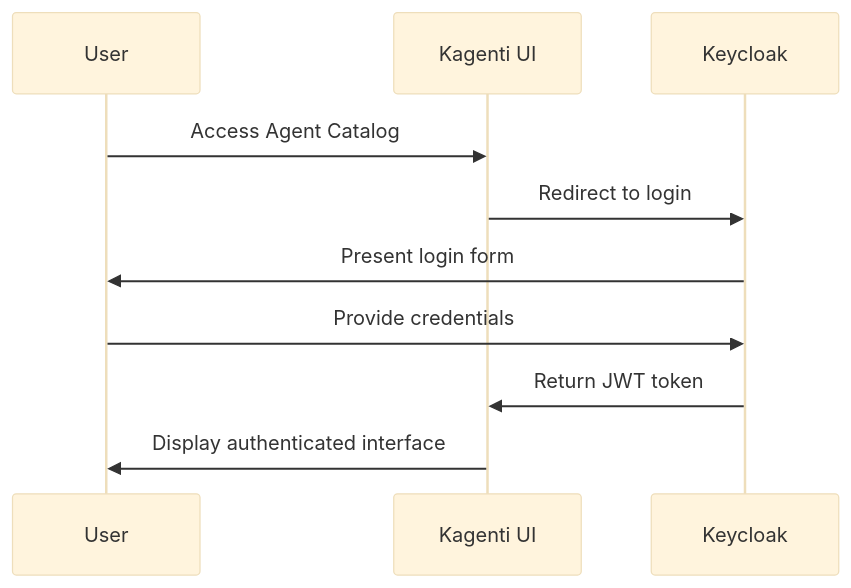
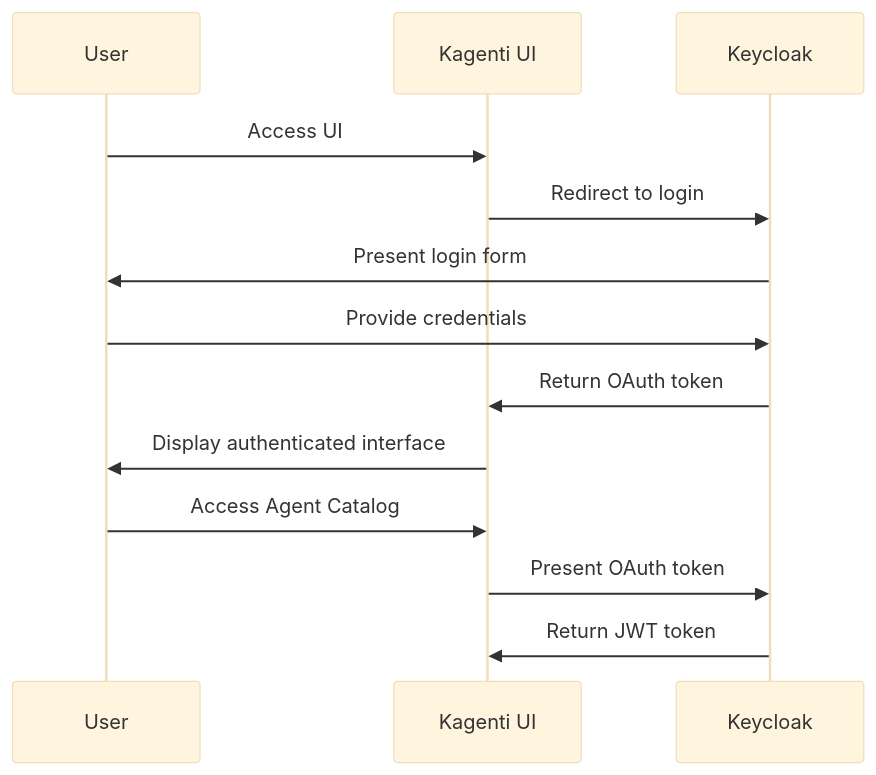
The first of 4 diagrams in docs/demo-identity.md (pdettori/kagenti), drawn with Mermaid (base theme) before and after one commit. The commit also changed other lines of this file and 3 other files, not shown here.

Commit message:
Update the Identity flow charts

````diff
--- a/docs/demo-identity.md
+++ b/docs/demo-identity.md
@@ -237,13 +233,16 @@
 ```mermaid
 sequenceDiagram
     participant User
     participant UI as Kagenti UI
     participant KC as Keycloak
     
-    User->>UI: Access Agent Catalog
+    User->>UI: Access UI
     UI->>KC: Redirect to login
     KC->>User: Present login form
     User->>KC: Provide credentials
+    KC->>UI: Return OAuth token
+    UI->>User: Display authenticated interface
+    User->>UI: Access Agent Catalog
+    UI->>KC: Present OAuth token
     KC->>UI: Return JWT token
-    UI->>User: Display authenticated interface
 ```
````
